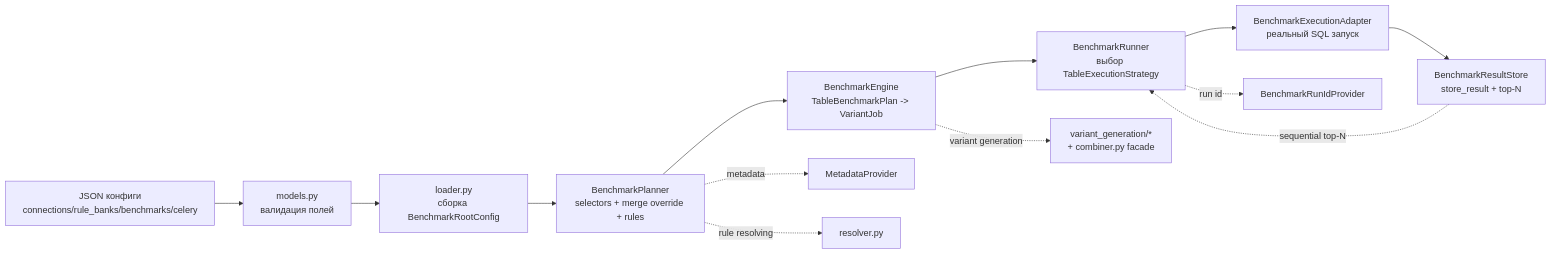
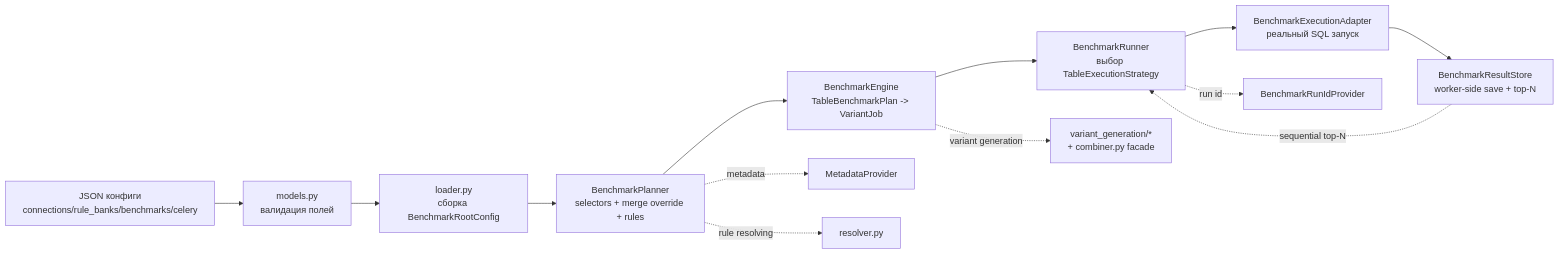
The diagram in README.md (CepbluKot/benchmark-refactor), drawn with Mermaid before and after one commit. The commit also changed other lines of this file and 39 other files, not shown here.

````diff
--- a/README.md
+++ b/README.md
@@ -79,16 +79,16 @@
 ```mermaid
 flowchart LR
     A["JSON конфиги<br/>connections/rule_banks/benchmarks/celery"] --> B["models.py<br/>валидация полей"]
     B --> C["loader.py<br/>сборка BenchmarkRootConfig"]
     C --> D["BenchmarkPlanner<br/>selectors + merge override + rules"]
     D --> E["BenchmarkEngine<br/>TableBenchmarkPlan -> VariantJob"]
     E --> F["BenchmarkRunner<br/>выбор TableExecutionStrategy"]
     F --> G["BenchmarkExecutionAdapter<br/>реальный SQL запуск"]
-    G --> H["BenchmarkResultStore<br/>store_result + top-N"]
+    G --> H["BenchmarkResultStore<br/>worker-side save + top-N"]
 
     D -. metadata .-> M["MetadataProvider"]
     D -. rule resolving .-> R["resolver.py"]
     E -. variant generation .-> V["variant_generation/*<br/>+ combiner.py facade"]
     F -. run id .-> I["BenchmarkRunIdProvider"]
     H -. sequential top-N .-> F
 ```
````
